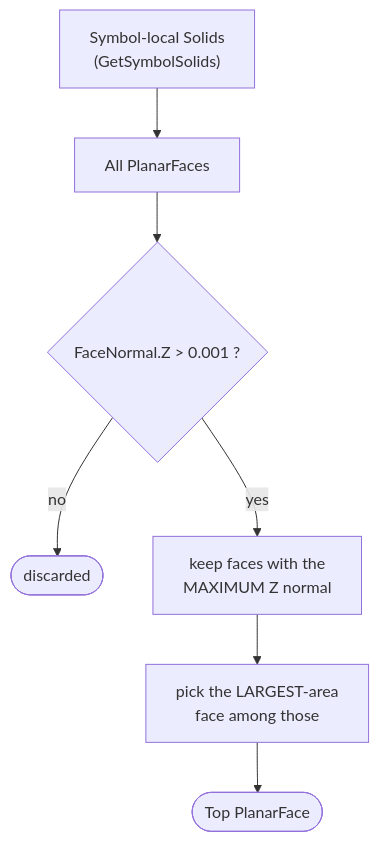
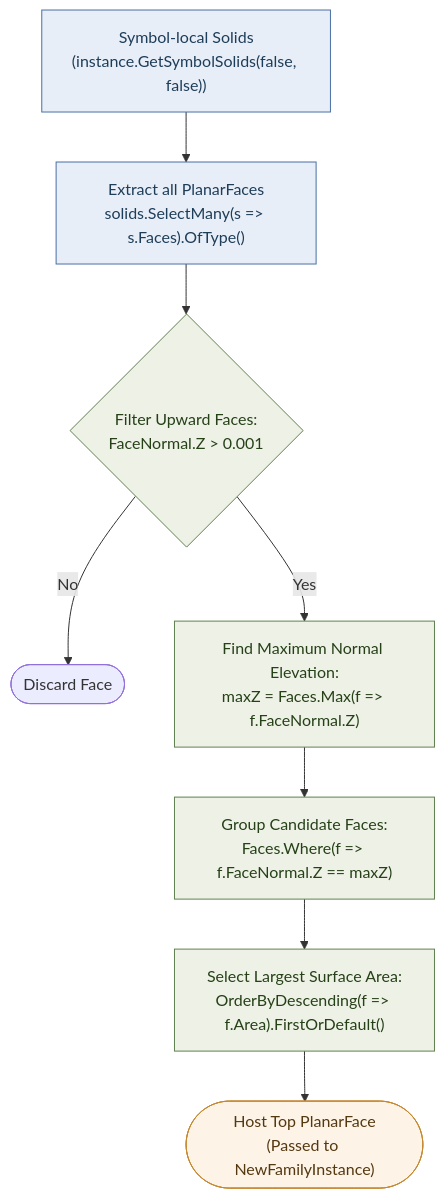
Before and after one commit to Mustafa-TOMMY/CommandSamplesRevitApiVer2025: the tenth of 20 diagrams in RevitApiSamples/Samples/TransformModule/ProjectCases/Conveyor/ConveyorFamilyGeometry.md, drawn with Mermaid. The commit also changed other lines of this file, not shown here.

Commit message:
docs(transform): add comprehensive diagram suite to ConveyorFamilyGeometry.md

````diff
--- a/RevitApiSamples/Samples/TransformModule/ProjectCases/Conveyor/ConveyorFamilyGeometry.md
+++ b/RevitApiSamples/Samples/TransformModule/ProjectCases/Conveyor/ConveyorFamilyGeometry.md
@@ -325,9 +479,17 @@
 ```mermaid
 flowchart TD
-    S["Symbol-local Solids<br/>(GetSymbolSolids)"] --> F["All PlanarFaces"]
-    F --> Z{"FaceNormal.Z > 0.001 ?"}
-    Z -->|no| Drop(["discarded"])
-    Z -->|yes| MaxZ["keep faces with the<br/>MAXIMUM Z normal"]
-    MaxZ --> MaxA["pick the LARGEST-area<br/>face among those"]
-    MaxA --> Top(["Top PlanarFace"])
+    S["Symbol-local Solids<br/>(instance.GetSymbolSolids(false, false))"] --> F["Extract all PlanarFaces<br/>solids.SelectMany(s => s.Faces).OfType<PlanarFace>()"]
+    F --> Z{"Filter Upward Faces:<br/>FaceNormal.Z > 0.001"}
+    Z -->|No| Drop(["Discard Face"])
+    Z -->|Yes| MaxZ["Find Maximum Normal Elevation:<br/>maxZ = Faces.Max(f => f.FaceNormal.Z)"]
+    MaxZ --> Group["Group Candidate Faces:<br/>Faces.Where(f => f.FaceNormal.Z == maxZ)"]
+    Group --> MaxA["Select Largest Surface Area:<br/>OrderByDescending(f => f.Area).FirstOrDefault()"]
+    MaxA --> Top(["Host Top PlanarFace<br/>(Passed to NewFamilyInstance)"])
+
+    classDef scan fill:#e8eef7,stroke:#4a6fa5,color:#1e3d59;
+    classDef filter fill:#eef2e6,stroke:#608050,color:#264018;
+    classDef res fill:#fdf4e7,stroke:#c48830,color:#543810;
+    class S,F scan
+    class Z,MaxZ,Group,MaxA filter
+    class Top res
 ```
````
